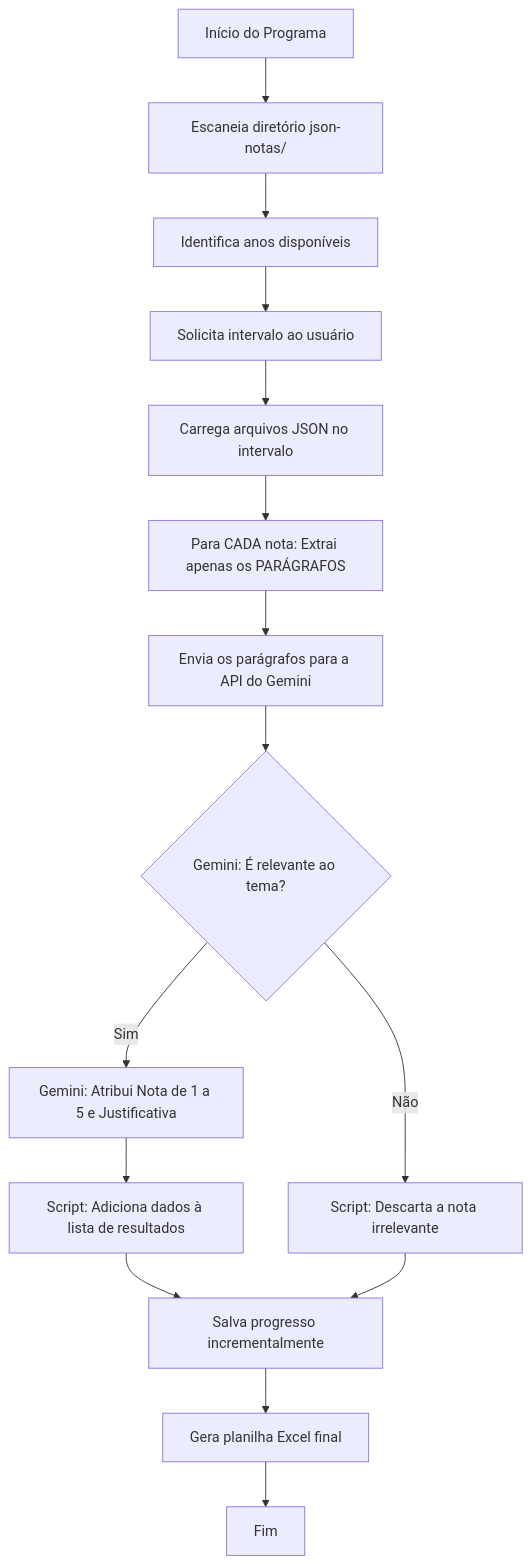
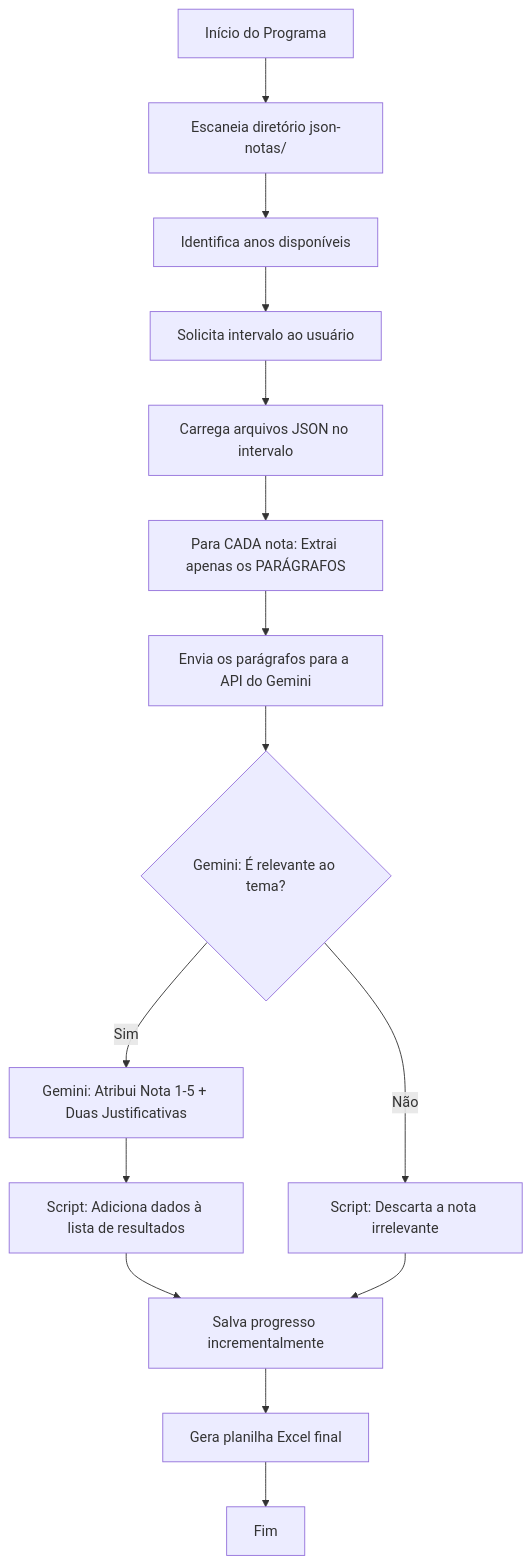
The diagram in 2-analise-notas/implementation_plan.md (juborduchi/governanca-digital_mre), drawn with Mermaid before and after one commit. The commit also changed other lines of this file and 6 other files, not shown here.

````diff
--- a/2-analise-notas/implementation_plan.md
+++ b/2-analise-notas/implementation_plan.md
@@ -26,17 +47,17 @@
 ```mermaid
 graph TD
     A[Início do Programa] --> B[Escaneia diretório json-notas/]
     B --> C[Identifica anos disponíveis]
     C --> D[Solicita intervalo ao usuário]
     D --> E[Carrega arquivos JSON no intervalo]
     E --> F[Para CADA nota: Extrai apenas os PARÁGRAFOS]
     F --> G[Envia os parágrafos para a API do Gemini]
     G --> H{Gemini: É relevante ao tema?}
-    H -- Sim --> I[Gemini: Atribui Nota de 1 a 5 e Justificativa]
+    H -- Sim --> I[Gemini: Atribui Nota 1-5 + Duas Justificativas]
     I --> J[Script: Adiciona dados à lista de resultados]
     H -- Não --> K[Script: Descarta a nota irrelevante]
     J --> L[Salva progresso incrementalmente]
     K --> L
     L --> M[Gera planilha Excel final]
     M --> N[Fim]
 ```
````
